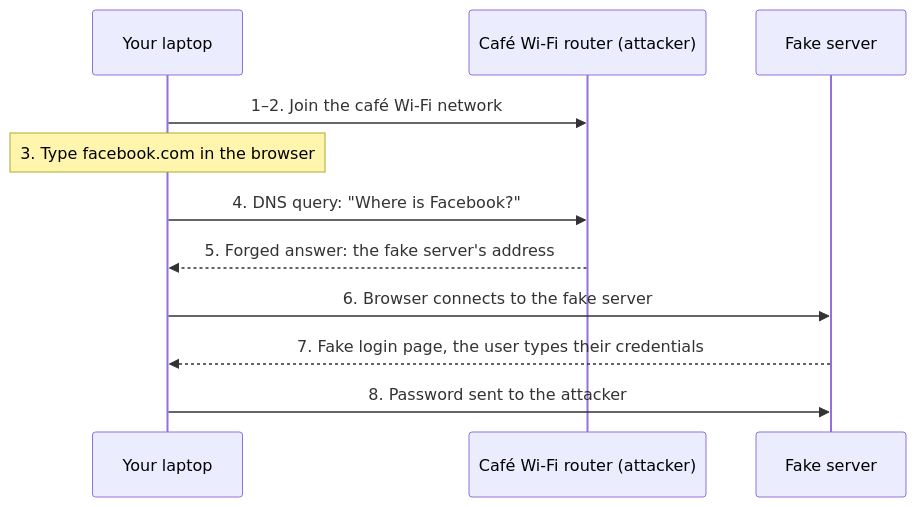
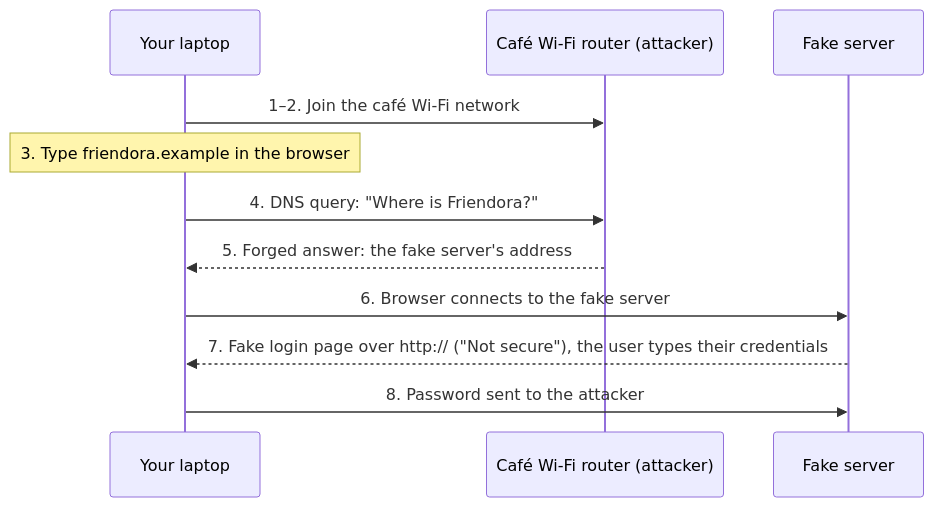
One commit to dl-portfolio/dns-hijack-demo changed the diagram in README.md. Above: the diagram before and after it, drawn with Mermaid. The commit also changed other lines of this file and 6 other files, not shown here.

````diff
--- a/README.md
+++ b/README.md
@@ -23,13 +25,13 @@
 ```mermaid
 sequenceDiagram
     participant You as Your laptop
     participant Router as Café Wi-Fi router (attacker)
     participant Fake as Fake server
     You->>Router: 1–2. Join the café Wi-Fi network
-    Note over You: 3. Type facebook.com in the browser
-    You->>Router: 4. DNS query: "Where is Facebook?"
+    Note over You: 3. Type friendora.example in the browser
+    You->>Router: 4. DNS query: "Where is Friendora?"
     Router-->>You: 5. Forged answer: the fake server's address
     You->>Fake: 6. Browser connects to the fake server
-    Fake-->>You: 7. Fake login page, the user types their credentials
+    Fake-->>You: 7. Fake login page over http:// ("Not secure"), the user types their credentials
     You->>Fake: 8. Password sent to the attacker
 ```
````
